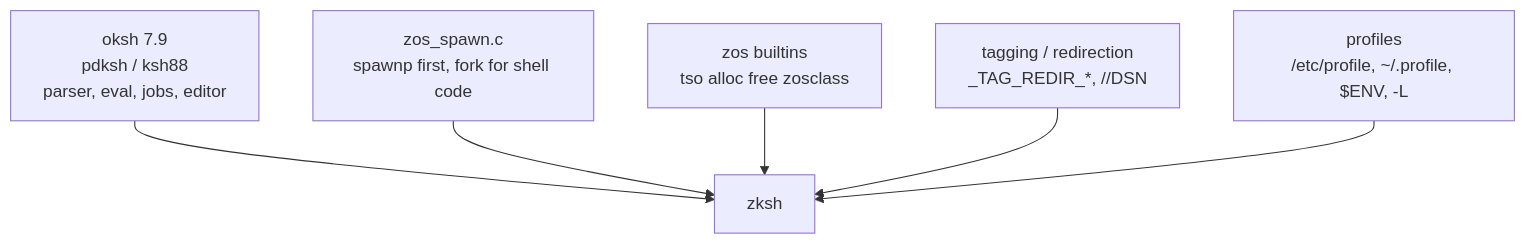
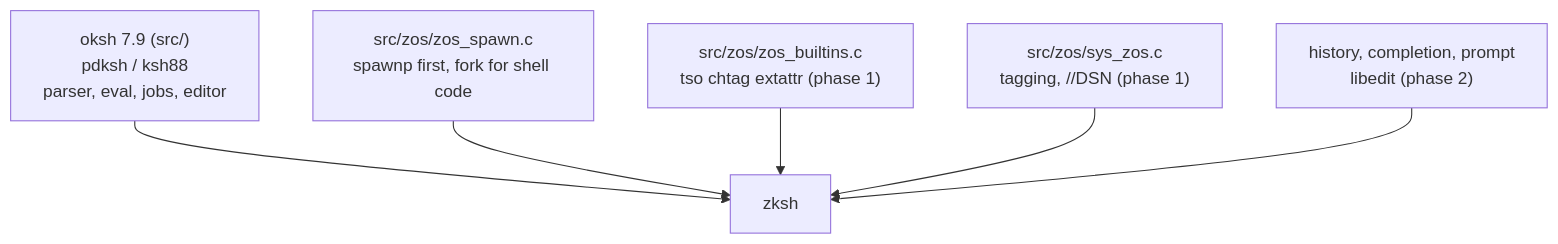
One commit to skurtz97/freebsd-userland-zos-port changed the diagram in docs/README.md. Above: the diagram before and after it, drawn with Mermaid. The commit also changed other lines of this file and 106 other files, not shown here.

````diff
--- a/docs/README.md
+++ b/docs/README.md
@@ -22,13 +22,13 @@
 ```mermaid
 flowchart TB
-    OKSH["oksh 7.9<br/>pdksh / ksh88<br/>parser, eval, jobs, editor"]
-    SPAWN["zos_spawn.c<br/>spawnp first, fork for shell code"]
-    ZB["zos builtins<br/>tso alloc free zosclass"]
-    TAG["tagging / redirection<br/>_TAG_REDIR_*, //DSN"]
-    PROF["profiles<br/>/etc/profile, ~/.profile, $ENV, -L"]
+    OKSH["oksh 7.9 (src/)<br/>pdksh / ksh88<br/>parser, eval, jobs, editor"]
+    SPAWN["src/zos/zos_spawn.c<br/>spawnp first, fork for shell code"]
+    ZB["src/zos/zos_builtins.c<br/>tso chtag extattr (phase 1)"]
+    TAG["src/zos/sys_zos.c<br/>tagging, //DSN (phase 1)"]
+    INT["history, completion, prompt<br/>libedit (phase 2)"]
     OKSH --> ZKSH["zksh"]
     SPAWN --> ZKSH
     ZB --> ZKSH
     TAG --> ZKSH
-    PROF --> ZKSH
+    INT --> ZKSH
 ```
````
